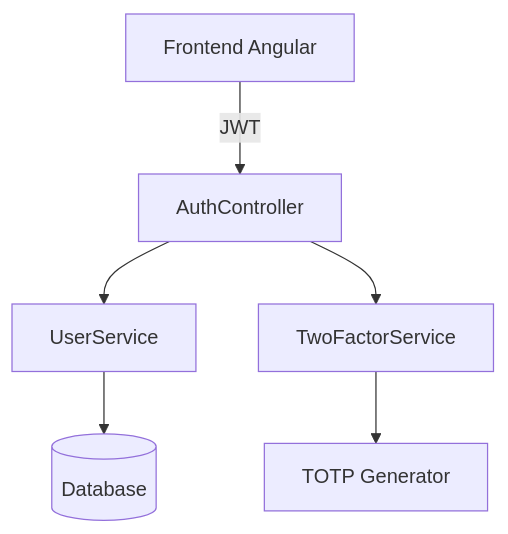
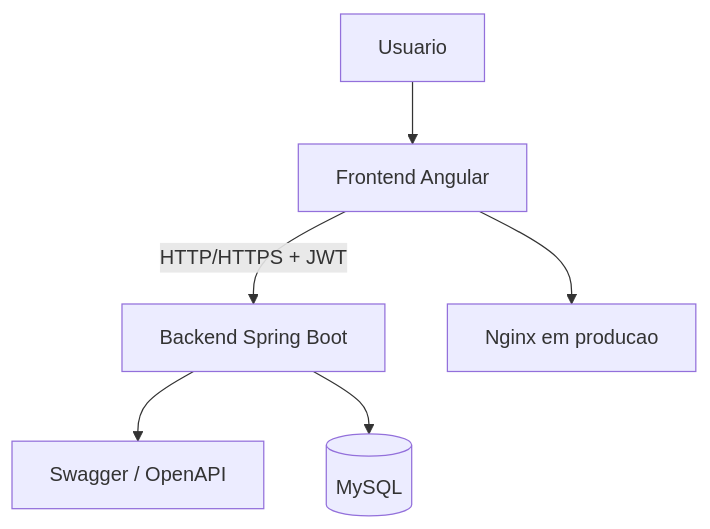
One commit to CarolShingai/Transcendence changed the diagram in Readme.md. Above: the diagram before and after it, drawn with Mermaid. The commit also changed other lines of this file and 3 other files, not shown here.

````diff
--- a/Readme.md
+++ b/Readme.md
@@ -27,8 +54,8 @@
 ```mermaid
 graph TD
-    A[Frontend Angular] -->|JWT| B[AuthController]
-    B --> C[UserService]
-    B --> D[TwoFactorService]
-    C --> E[(Database)]
-    D --> F[TOTP Generator]
+    U[Usuario] --> F[Frontend Angular]
+    F -->|HTTP/HTTPS + JWT| B[Backend Spring Boot]
+    B --> S[Swagger / OpenAPI]
+    B --> D[(MySQL)]
+    F --> N[Nginx em producao]
 ```
````
